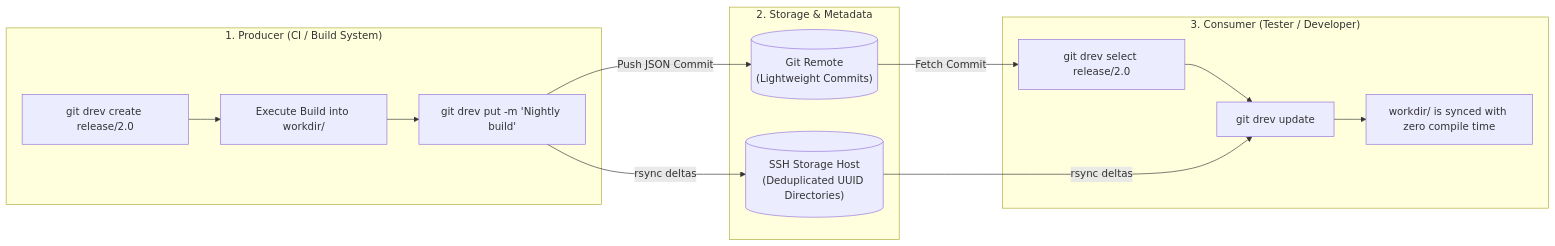
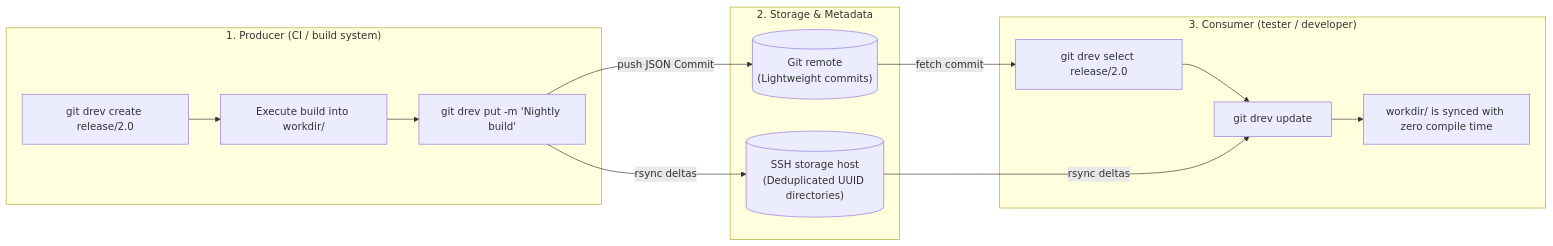
The diagram in README.md (bvarnai/git-drev), drawn with Mermaid before and after one commit. The commit also changed other lines of this file and 8 other files, not shown here.

````diff
--- a/README.md
+++ b/README.md
@@ -56,22 +56,22 @@
 ```mermaid
 flowchart LR
-    subgraph Producer["1. Producer (CI / Build System)"]
-        P1["git drev create release/2.0"] --> P2["Execute Build into workdir/"]
+    subgraph Producer["1. Producer (CI / build system)"]
+        P1["git drev create release/2.0"] --> P2["Execute build into workdir/"]
         P2 --> P3["git drev put -m 'Nightly build'"]
     end
 
     subgraph Infrastructure["2. Storage & Metadata"]
-        GitRemote[("Git Remote<br/>(Lightweight Commits)")]
-        StorageHost[("SSH Storage Host<br/>(Deduplicated UUID Directories)")]
+        GitRemote[("Git remote<br/>(Lightweight commits)")]
+        StorageHost[("SSH storage host<br/>(Deduplicated UUID directories)")]
     end
 
-    subgraph Consumer["3. Consumer (Tester / Developer)"]
+    subgraph Consumer["3. Consumer (tester / developer)"]
         C1["git drev select release/2.0"] --> C2["git drev update"]
         C2 --> C3["workdir/ is synced with zero compile time"]
     end
 
-    P3 -->|"Push JSON Commit"| GitRemote
+    P3 -->|"push JSON Commit"| GitRemote
     P3 -->|"rsync deltas"| StorageHost
-    GitRemote -->|"Fetch Commit"| C1
+    GitRemote -->|"fetch commit"| C1
     StorageHost -->|"rsync deltas"| C2
 ```
````
